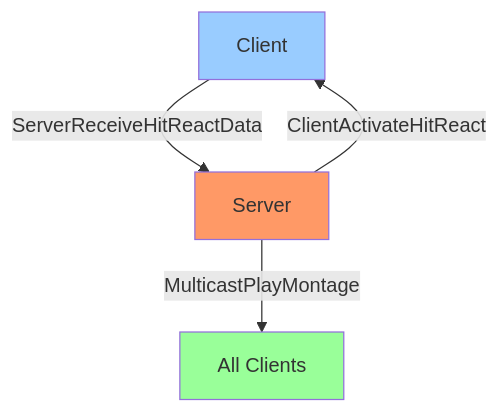
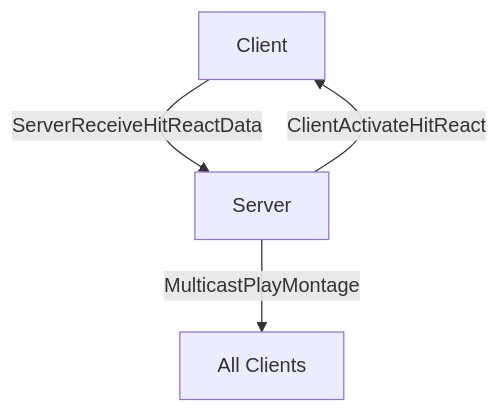
One commit to lazylee-l2i/ProjectRedC_UE changed the ninth of 10 diagrams in README.md. Above: the diagram before and after it, drawn with Mermaid. The commit also changed other lines of this file and 340 other files, not shown here.

````diff
--- a/README.md
+++ b/README.md
@@ -483,10 +479,6 @@
 ```mermaid
 graph TB
     Client[Client] -->|ServerReceiveHitReactData| Server[Server]
     Server -->|ClientActivateHitReact| Client
     Server -->|MulticastPlayMontage| All[All Clients]
-    
-    style Server fill:#f96
-    style Client fill:#9cf
-    style All fill:#9f9
 ```
````
